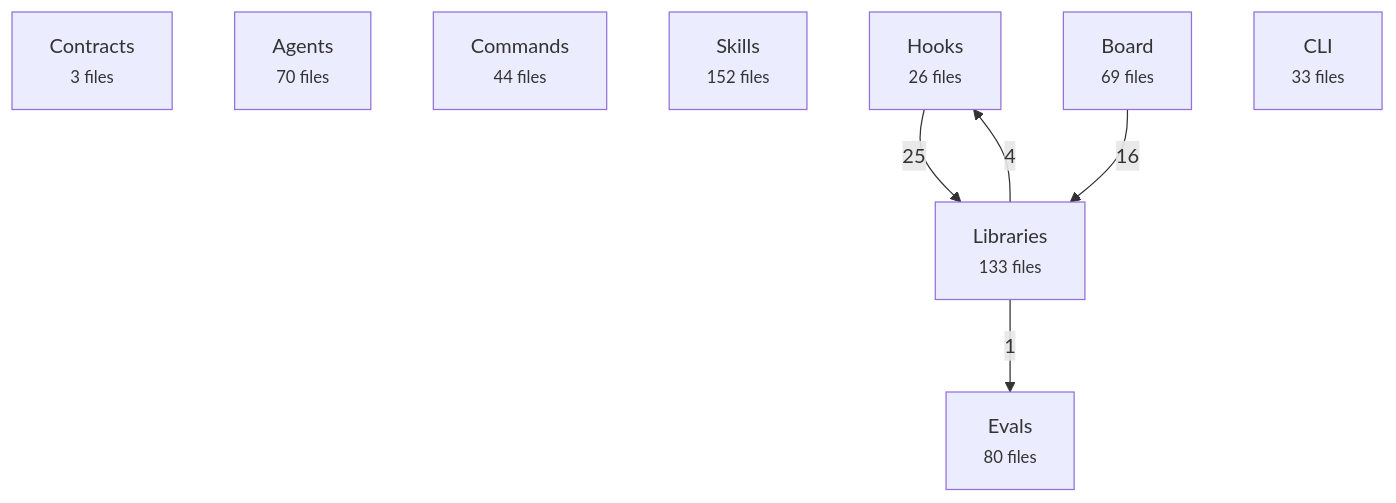
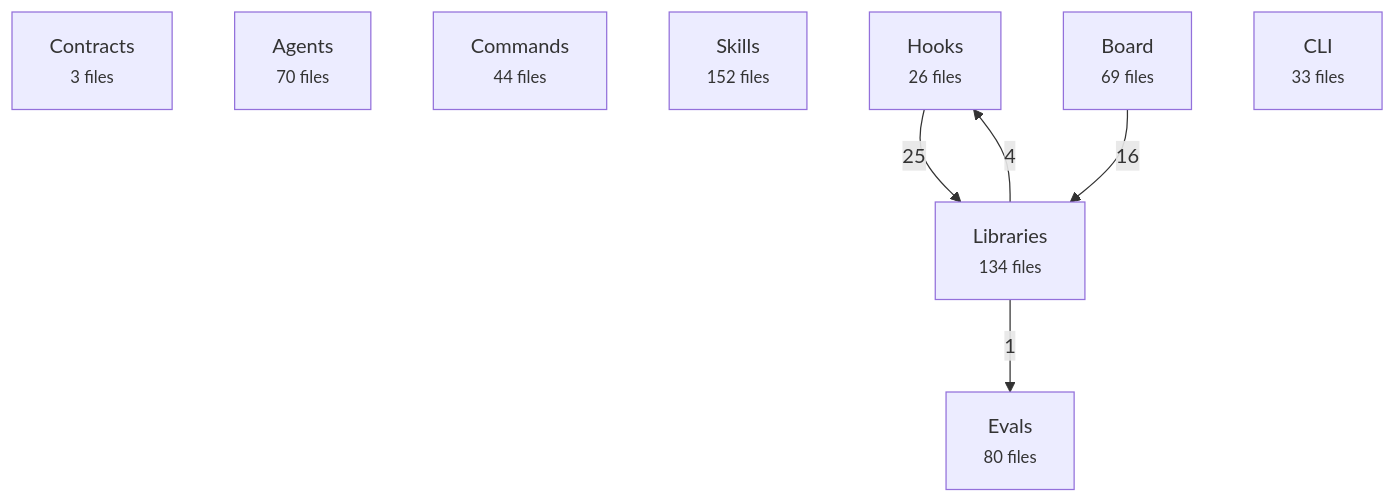
Before and after one commit to avelikiy/great_cto: the first of 2 diagrams in docs/reference/architecture-map.md, drawn with Mermaid. The commit also changed other lines of this file and 8 other files, not shown here.

````diff
--- a/docs/reference/architecture-map.md
+++ b/docs/reference/architecture-map.md
@@ -20,16 +20,16 @@
 ```mermaid
 flowchart TD
   contracts["Contracts<br/><small>3 files</small>"]
   agents["Agents<br/><small>70 files</small>"]
   commands["Commands<br/><small>44 files</small>"]
   skills["Skills<br/><small>152 files</small>"]
   hooks["Hooks<br/><small>26 files</small>"]
-  libs["Libraries<br/><small>133 files</small>"]
+  libs["Libraries<br/><small>134 files</small>"]
   board["Board<br/><small>69 files</small>"]
   cli["CLI<br/><small>33 files</small>"]
   evals["Evals<br/><small>80 files</small>"]
   hooks -->|25| libs
   board -->|16| libs
   libs -->|4| hooks
   libs -->|1| evals
 ```
````
